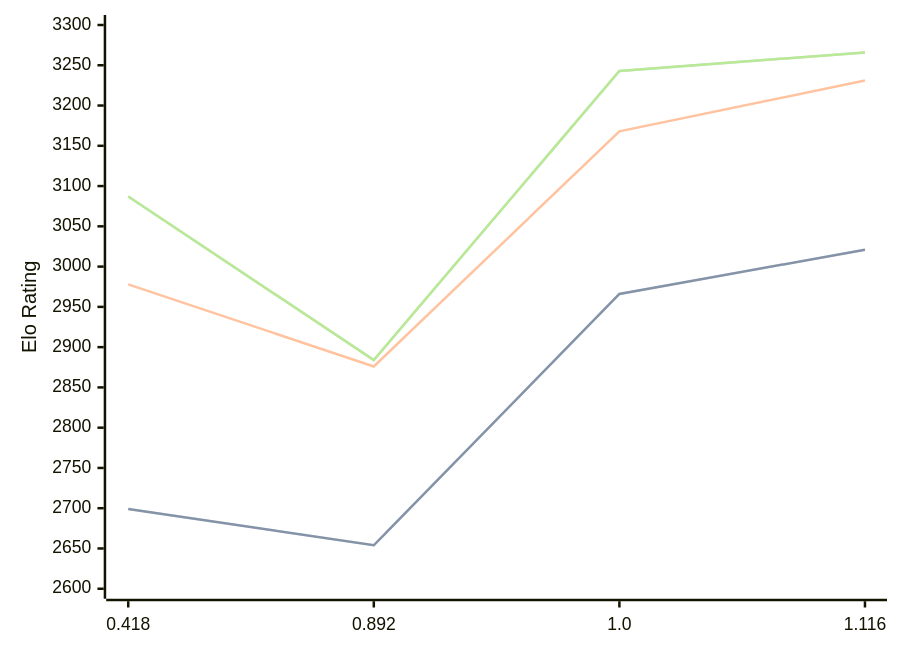
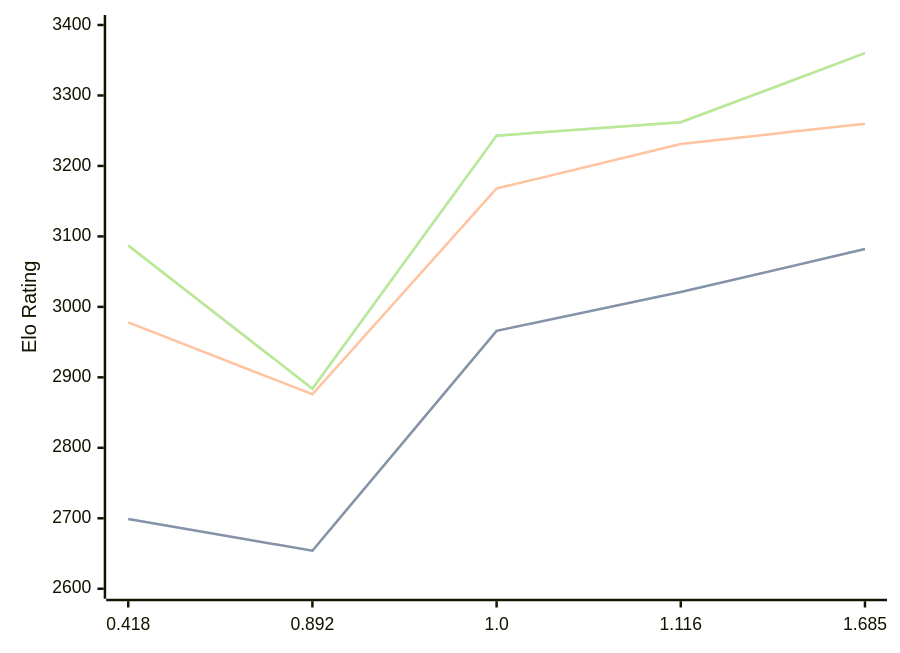
Before and after one commit to computer-chess-index/cci: the third of 3 diagrams in engines/Malika.md, drawn with Mermaid. The commit also changed other lines of this file, not shown here.

Commit message:
Update CCI Ratings (ELO VLTC) - 2026-07-18

````diff
--- a/engines/Malika.md
+++ b/engines/Malika.md
@@ -67,11 +68,11 @@
 ```mermaid
 %%{init: {"theme":"base","themeVariables":{"seriesColors:['#a3a3a3','#222221','#faa371']}}}%%
 xychart-beta
-  x-axis ["0.418", "0.892", "1.0", "1.116"]
-  y-axis "Elo Rating" 2600 --> 3300
-  line "STC (8.0+0.08s)" [2699, 2654, 2966, 3021]
-  line "STC (8.0+0.08s)" [2699, 2654, 2966, 3021]
-  line "LTC (60.0+0.60s)" [2978, 2876, 3168, 3231]
-  line "VLTC (2m24s+1.12s)" [3087, 2884, 3243, 3266]
-  line "VLTC (2m24s+1.12s)" [3087, 2884, 3243, 3266]
+  x-axis ["0.418", "0.892", "1.0", "1.116", "1.685"]
+  y-axis "Elo Rating" 2600 --> 3400
+  line "STC (8.0+0.08s)" [2699, 2654, 2966, 3021, 3082]
+  line "STC (8.0+0.08s)" [2699, 2654, 2966, 3021, 3082]
+  line "LTC (60.0+0.60s)" [2978, 2876, 3168, 3231, 3260]
+  line "VLTC (2m24s+1.12s)" [3087, 2884, 3243, 3262, 3360]
+  line "VLTC (2m24s+1.12s)" [3087, 2884, 3243, 3262, 3360]
 ```
````
